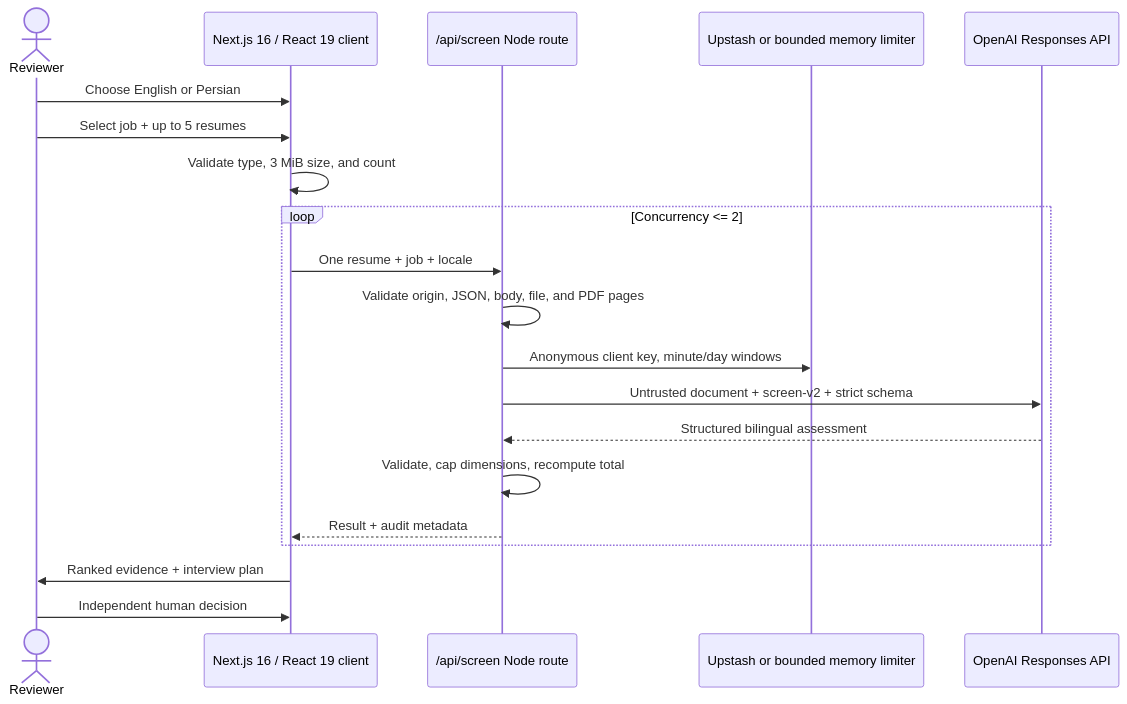
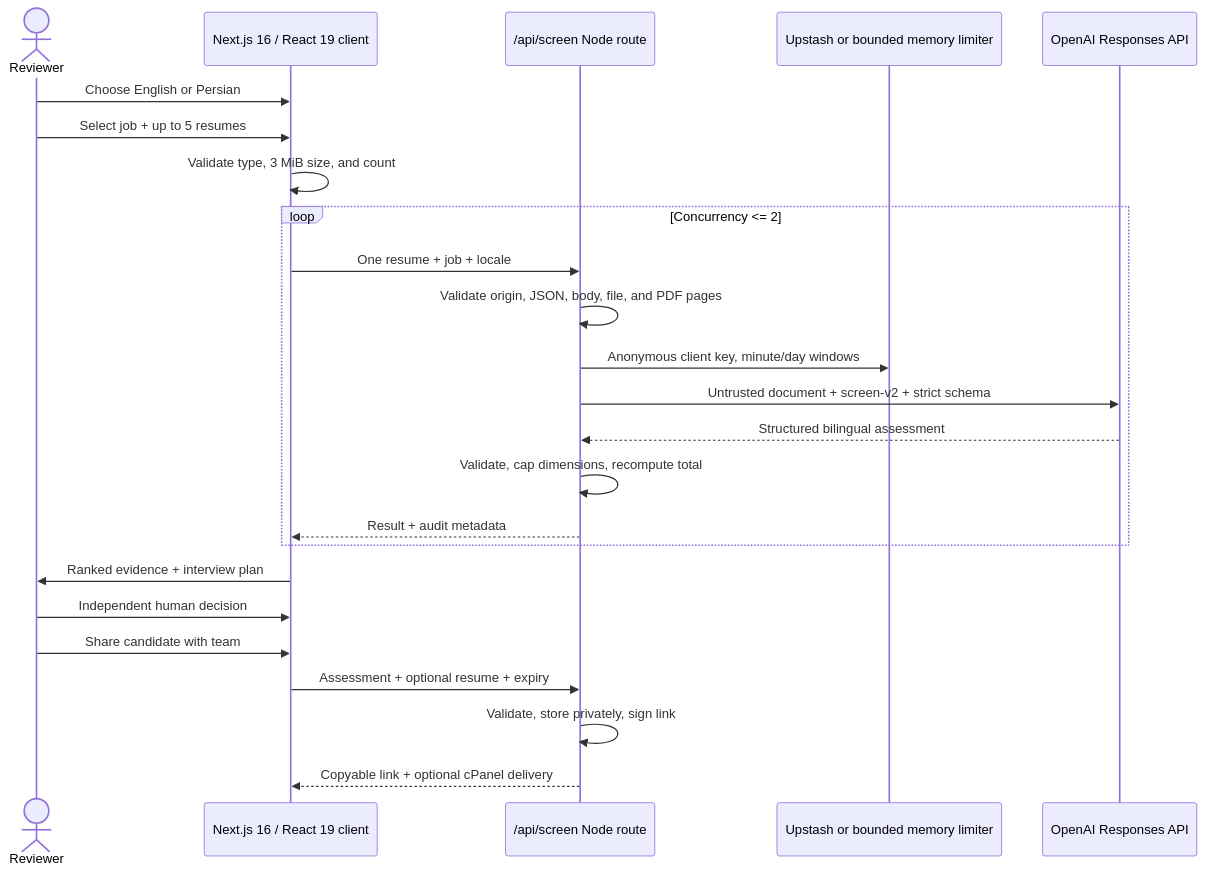
Before and after one commit to VibeATSCoder/ShortList: the diagram in docs/ARCHITECTURE.md, drawn with Mermaid. The commit also changed other lines of this file and 23 other files, not shown here.

````diff
--- a/docs/ARCHITECTURE.md
+++ b/docs/ARCHITECTURE.md
@@ -7,23 +7,27 @@
 ```mermaid
 sequenceDiagram
   actor Reviewer
   participant UI as Next.js 16 / React 19 client
   participant API as /api/screen Node route
   participant RL as Upstash or bounded memory limiter
   participant LLM as OpenAI Responses API
 
   Reviewer->>UI: Choose English or Persian
   Reviewer->>UI: Select job + up to 5 resumes
   UI->>UI: Validate type, 3 MiB size, and count
   loop Concurrency <= 2
     UI->>API: One resume + job + locale
     API->>API: Validate origin, JSON, body, file, and PDF pages
     API->>RL: Anonymous client key, minute/day windows
     API->>LLM: Untrusted document + screen-v2 + strict schema
     LLM-->>API: Structured bilingual assessment
     API->>API: Validate, cap dimensions, recompute total
     API-->>UI: Result + audit metadata
   end
   UI->>Reviewer: Ranked evidence + interview plan
   Reviewer->>UI: Independent human decision
+  Reviewer->>UI: Share candidate with team
+  UI->>API: Assessment + optional resume + expiry
+  API->>API: Validate, store privately, sign link
+  API-->>UI: Copyable link + optional cPanel delivery
 ```
````
